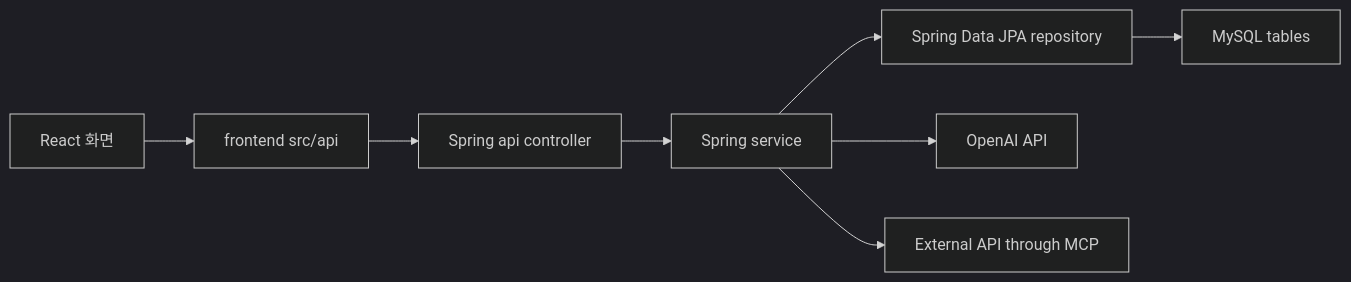
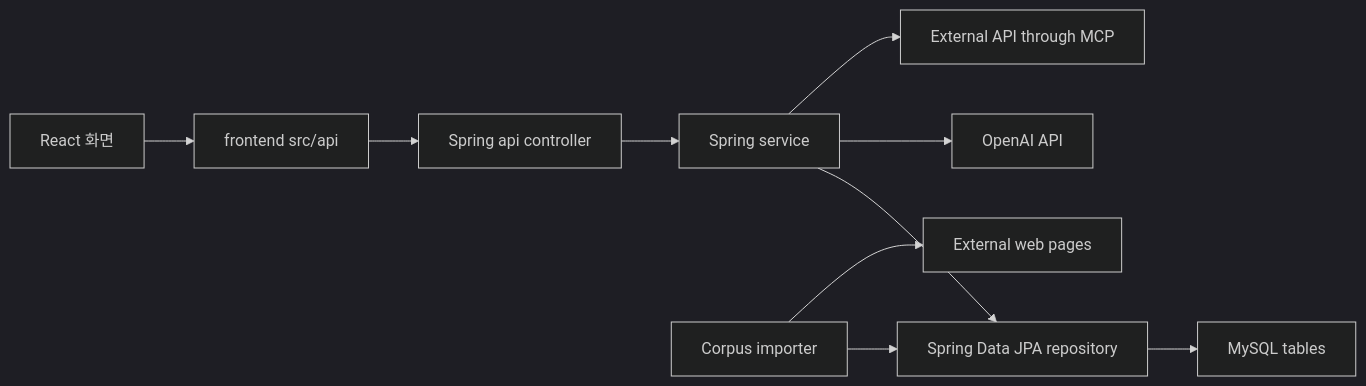
One commit to Jungle-12-303/week15-16_team03_ai_board_lab changed the diagram in docs/code-map.md. Above: the diagram before and after it, drawn with Mermaid (dark theme). The commit also changed other lines of this file and 14 other files, not shown here.

````diff
--- a/docs/code-map.md
+++ b/docs/code-map.md
@@ -8,10 +8,12 @@
 ```mermaid
 flowchart LR
     Browser["React 화면"] --> ApiClient["frontend src/api"]
     ApiClient --> Controller["Spring api controller"]
     Controller --> Service["Spring service"]
     Service --> Repository["Spring Data JPA repository"]
     Repository --> MySQL["MySQL tables"]
     Service --> OpenAI["OpenAI API"]
     Service --> ExternalApi["External API through MCP"]
+    Corpus["Corpus importer"] --> Repository
+    Corpus --> Web["External web pages"]
 ```
````
